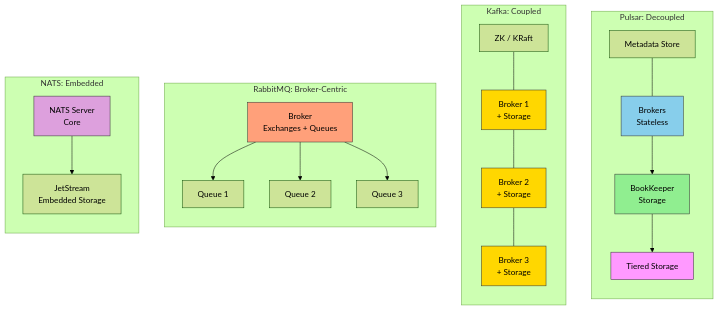
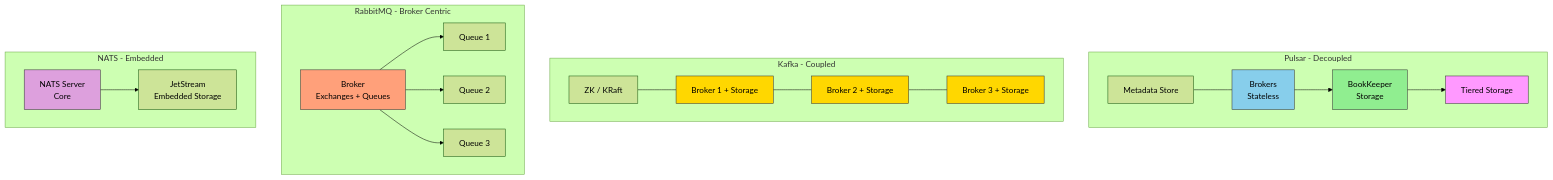
One commit to andrzejsydor/knowledge changed the sixth of 7 diagrams in Kafka/apache-pulsar-and-messaging-platforms.md. Above: the diagram before and after it, drawn with Mermaid (forest theme). The commit also changed other lines of this file, not shown here.

Commit message:
Refactor mermaid diagrams for clarity and consistency

````diff
--- a/Kafka/apache-pulsar-and-messaging-platforms.md
+++ b/Kafka/apache-pulsar-and-messaging-platforms.md
@@ -292,36 +292,32 @@
 ```mermaid
 graph TB
-    subgraph "Pulsar: Decoupled"
-        direction TB
-        PB[Brokers<br/>Stateless] --> PBS[BookKeeper<br/>Storage]
-        PBS --> PTS[Tiered Storage]
-        PM[Metadata Store] --- PB
+    subgraph Pulsar_Decoupled["Pulsar - Decoupled"]
+        PB["Brokers<br>Stateless"] --> PBS["BookKeeper<br>Storage"]
+        PBS --> PTS["Tiered Storage"]
+        PM["Metadata Store"] --- PB
     end
 
-    subgraph "Kafka: Coupled"
-        direction TB
-        KB["Broker 1<br/>+ Storage"] --- KB2["Broker 2<br/>+ Storage"] --- KB3["Broker 3<br/>+ Storage"]
-        KZ[ZK / KRaft] --- KB
+    subgraph Kafka_Coupled["Kafka - Coupled"]
+        KB["Broker 1 + Storage"] --- KB2["Broker 2 + Storage"] --- KB3["Broker 3 + Storage"]
+        KZ["ZK / KRaft"] --- KB
     end
 
-    subgraph "RabbitMQ: Broker-Centric"
-        direction TB
-        RB[Broker<br/>Exchanges + Queues] --> RQ1[Queue 1]
-        RB --> RQ2[Queue 2]
-        RB --> RQ3[Queue 3]
+    subgraph RabbitMQ_Broker["RabbitMQ - Broker Centric"]
+        RB["Broker<br>Exchanges + Queues"] --> RQ1["Queue 1"]
+        RB --> RQ2["Queue 2"]
+        RB --> RQ3["Queue 3"]
     end
 
-    subgraph "NATS: Embedded"
-        direction TB
-        NB[NATS Server<br/>Core] --> NJS[JetStream<br/>Embedded Storage]
+    subgraph NATS_Embedded["NATS - Embedded"]
+        NB["NATS Server<br>Core"] --> NJS["JetStream<br>Embedded Storage"]
     end
 
     style PB fill:#87CEEB,stroke:#333
     style PBS fill:#90EE90,stroke:#333
     style PTS fill:#f9f,stroke:#333
     style KB fill:#FFD700,stroke:#333
     style KB2 fill:#FFD700,stroke:#333
     style KB3 fill:#FFD700,stroke:#333
     style RB fill:#FFA07A,stroke:#333
     style NB fill:#DDA0DD,stroke:#333
 ```
````
